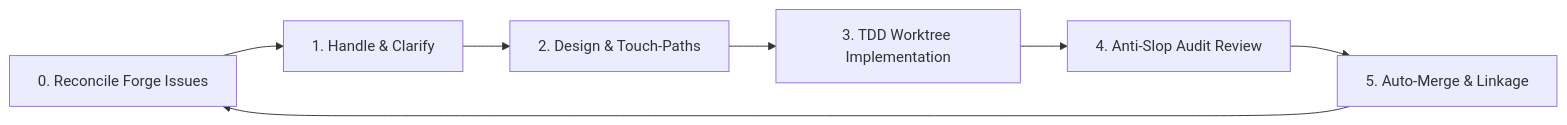
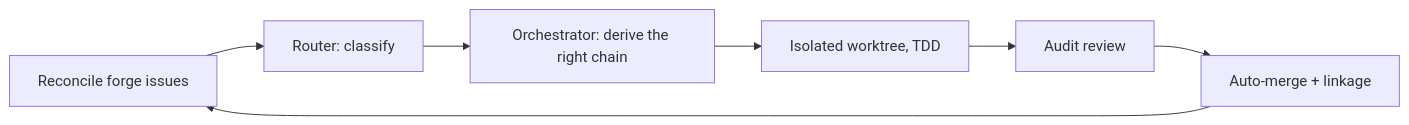
The diagram in README.md (CorentinLumineau/backlog-campaign), drawn with Mermaid before and after one commit. The commit also changed other lines of this file and 1 other file, not shown here.

First line of the commit message:
docs: rewrite README as wiki executive summary, add adaptive-routing architecture page

````diff
--- a/README.md
+++ b/README.md
@@ -20,9 +52,9 @@
 ```mermaid
 flowchart LR
-  Ingest[0. Reconcile Forge Issues] --> Handle[1. Handle & Clarify]
-  Handle --> Plan[2. Design & Touch-Paths]
-  Plan --> Implement[3. TDD Worktree Implementation]
-  Implement --> Review[4. Anti-Slop Audit Review]
-  Review --> Merge[5. Auto-Merge & Linkage]
+  Ingest[Reconcile forge issues] --> Route[Router: classify]
+  Route --> Chain[Orchestrator: derive the right chain]
+  Chain --> Implement[Isolated worktree, TDD]
+  Implement --> Review[Audit review]
+  Review --> Merge[Auto-merge + linkage]
   Merge --> Ingest
 ```
````
